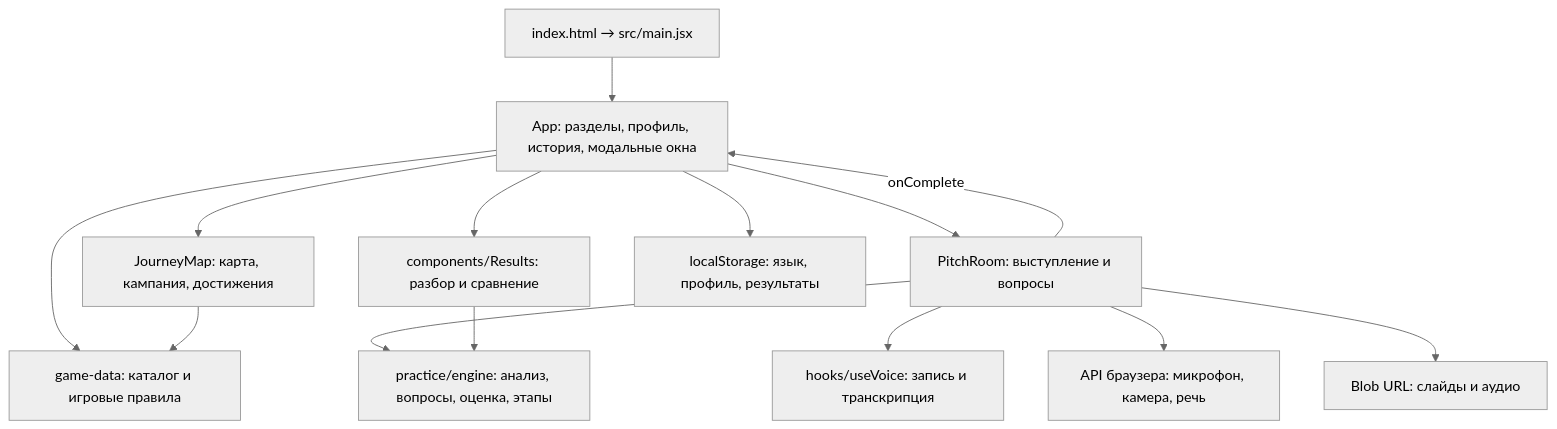
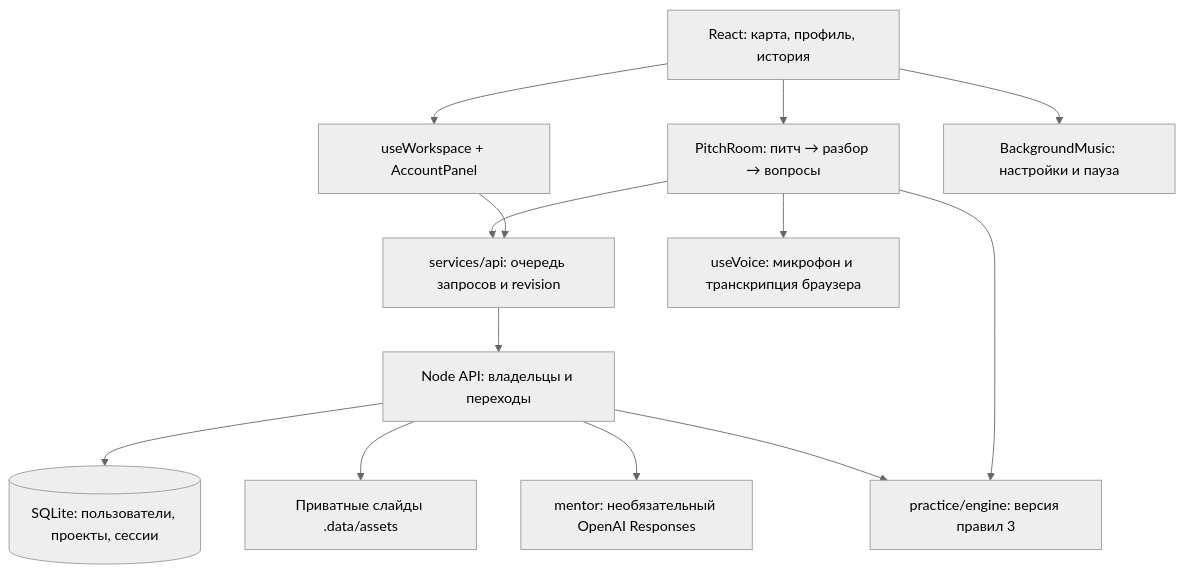
Before and after one commit to satkan-satkan/Pitch-Arena: the first of 2 diagrams in docs/ARCHITECTURE.md, drawn with Mermaid (neutral theme). The commit also changed other lines of this file and 43 other files, not shown here.

Commit message:
Add background music, accounts and recoverable pitch sessions

````diff
--- a/docs/ARCHITECTURE.md
+++ b/docs/ARCHITECTURE.md
@@ -13,16 +9,15 @@
 ```mermaid
-flowchart TB
-    Entry["index.html → src/main.jsx"] --> App["App: разделы, профиль, история, модальные окна"]
-    App --> Map["JourneyMap: карта, кампания, достижения"]
-    App --> Room["PitchRoom: выступление и вопросы"]
-    App --> Rules["game-data: каталог и игровые правила"]
-    Map --> Rules
-    Room --> Engine["practice/engine: анализ, вопросы, оценка, этапы"]
-    Room --> Voice["hooks/useVoice: запись и транскрипция"]
-    App --> Results["components/Results: разбор и сравнение"]
-    Results --> Engine
-    App --> Storage["localStorage: язык, профиль, результаты"]
-    Room --> Media["API браузера: микрофон, камера, речь"]
-    Room --> Blobs["Blob URL: слайды и аудио"]
-    Room -->|"onComplete"| App
+flowchart TD
+  UI[React: карта, профиль, история] --> Room[PitchRoom: питч → разбор → вопросы]
+  UI --> Workspace[useWorkspace + AccountPanel]
+  Room --> Client[services/api: очередь запросов и revision]
+  Workspace --> Client
+  Client --> API[Node API: владельцы и переходы]
+  API --> DB[(SQLite: пользователи, проекты, сессии)]
+  API --> Files[Приватные слайды .data/assets]
+  API --> Mentor[mentor: необязательный OpenAI Responses]
+  API --> Rules[practice/engine: версия правил 3]
+  Room --> Rules
+  Room --> Voice[useVoice: микрофон и транскрипция браузера]
+  UI --> Music[BackgroundMusic: настройки и пауза]
 ```
````
